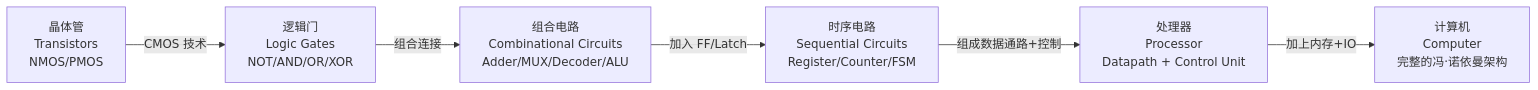
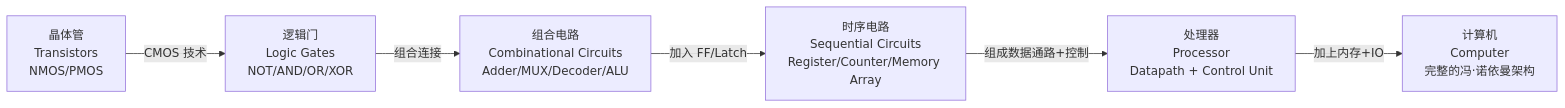
Before and after one commit to wufangxun106334-pixel/CS-: the third of 6 diagrams in COMP30660 Arch架构/00_课程总览_Overview.md, drawn with Mermaid. The commit also changed other lines of this file and 279 other files, not shown here.

````diff
--- a/COMP30660 Arch架构/00_课程总览_Overview.md
+++ b/COMP30660 Arch架构/00_课程总览_Overview.md
@@ -240,8 +256,8 @@
 ```mermaid
 flowchart LR
     A["晶体管<br/>Transistors<br/>NMOS/PMOS"] -->|"CMOS 技术"| B["逻辑门<br/>Logic Gates<br/>NOT/AND/OR/XOR"]
     B -->|"组合连接"| C["组合电路<br/>Combinational Circuits<br/>Adder/MUX/Decoder/ALU"]
-    C -->|"加入 FF/Latch"| D["时序电路<br/>Sequential Circuits<br/>Register/Counter/FSM"]
+    C -->|"加入 FF/Latch"| D["时序电路<br/>Sequential Circuits<br/>Register/Counter/Memory Array"]
     D -->|"组成数据通路+控制"| E["处理器<br/>Processor<br/>Datapath + Control Unit"]
     E -->|"加上内存+IO"| F["计算机<br/>Computer<br/>完整的冯·诺依曼架构"]
 ```
````
